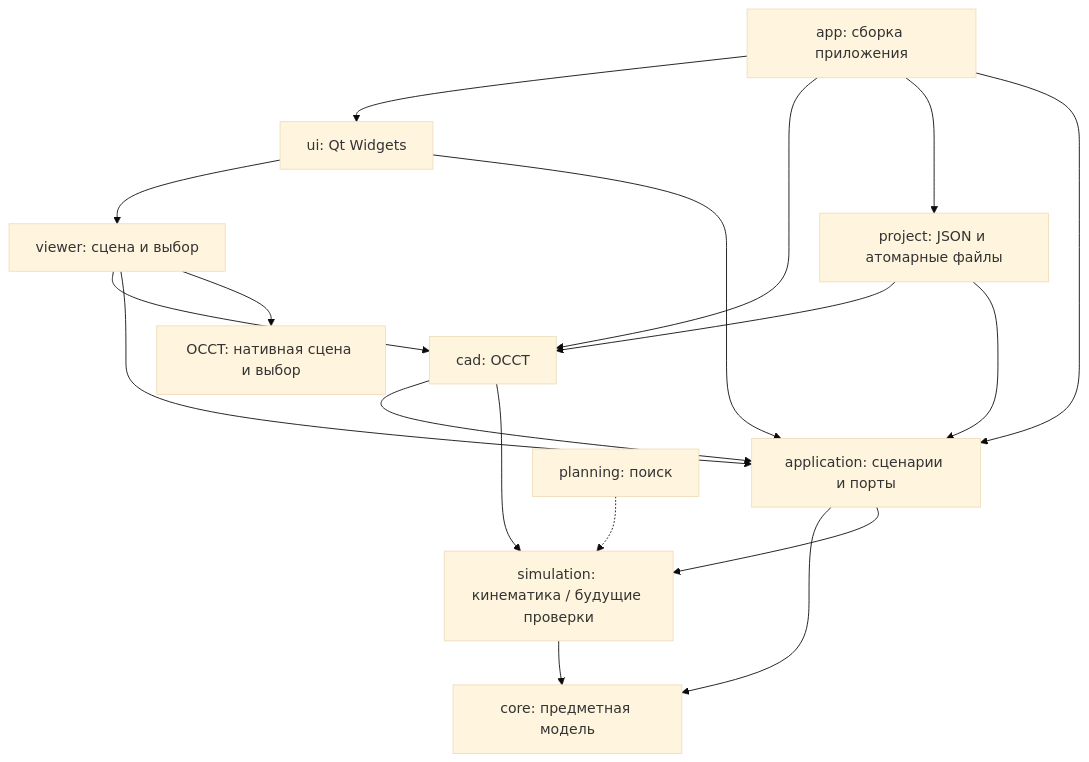
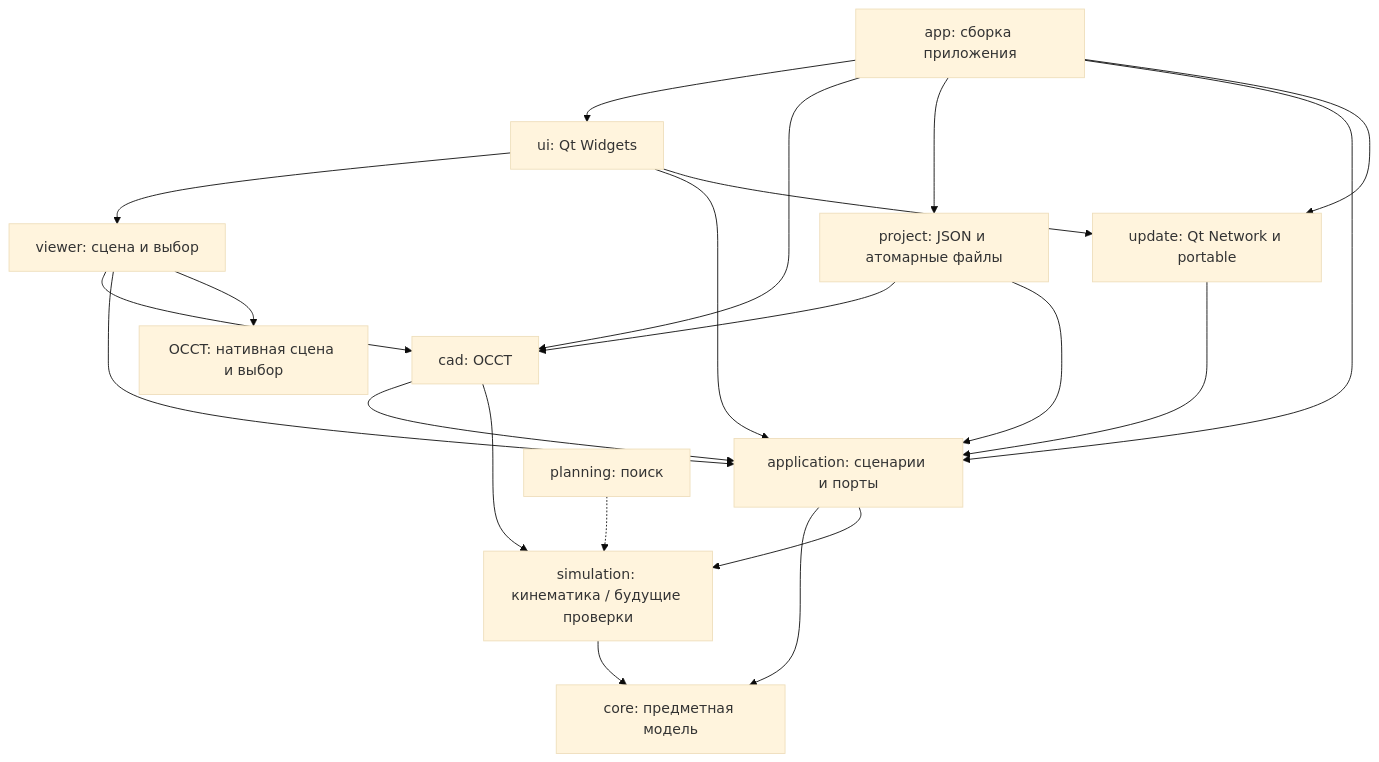
The diagram in docs/architecture.md (DenisPapushaJava/3d-bending-simulator), drawn with Mermaid (base theme) before and after one commit. The commit also changed other lines of this file and 50 other files, not shown here.

````diff
--- a/docs/architecture.md
+++ b/docs/architecture.md
@@ -17,20 +17,23 @@
 ```mermaid
 flowchart TD
     APP[app: сборка приложения] --> UI[ui: Qt Widgets]
     APP --> CAD[cad: OCCT]
     APP --> FILES[project: JSON и атомарные файлы]
     FILES --> CAD
     FILES --> USE
     UI --> VIEW[viewer: сцена и выбор]
     APP --> USE[application: сценарии и порты]
     UI --> USE
+    APP --> UPDATE[update: Qt Network и portable]
+    UI --> UPDATE
+    UPDATE --> USE
     CAD --> USE
     VIEW --> CAD
     VIEW --> USE
     USE --> CORE[core: предметная модель]
     VIEW --> OCC[OCCT: нативная сцена и выбор]
     SIM[simulation: кинематика / будущие проверки] --> CORE
     CAD --> SIM
     PLAN[planning: поиск] -.-> SIM
     USE --> SIM
 ```
````
